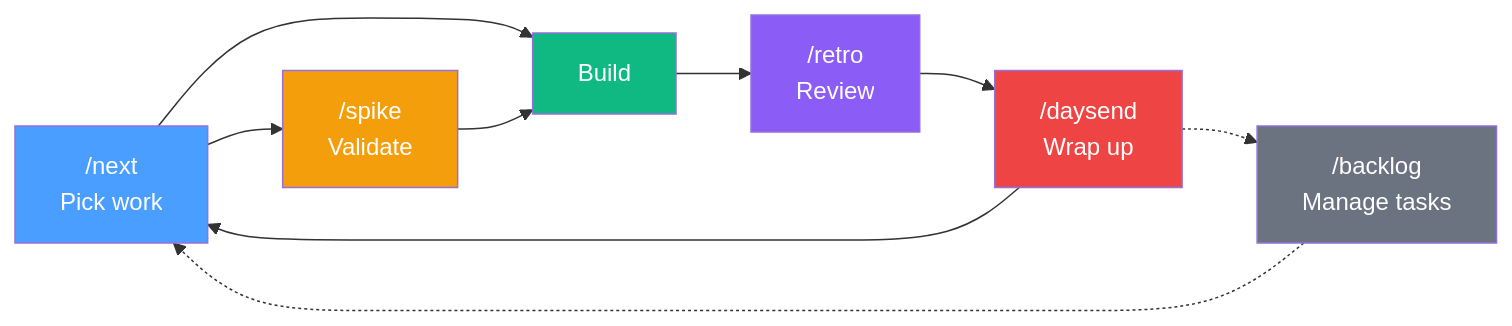
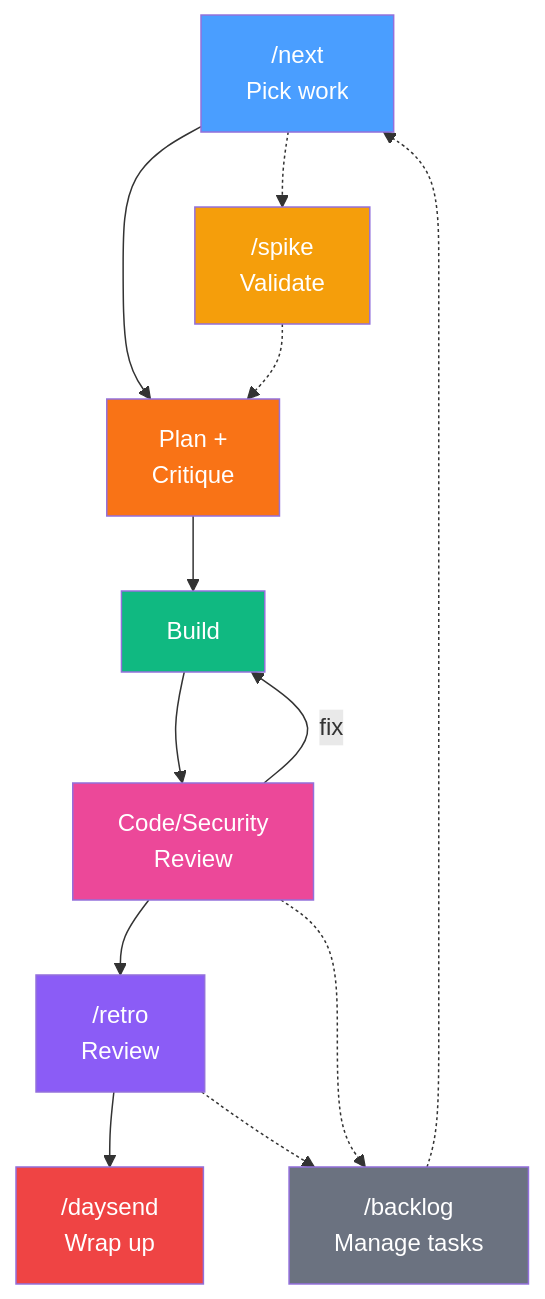
Before and after one commit to brandonsimpson/skills: the diagram in README.md, drawn with Mermaid. The commit also changed other lines of this file, not shown here.

Commit message:
update workflow diagram with plan, critique, and code review steps
Add Plan+Critique between pick work and build, Code/Security Review
after build with fix loop, and backlog feeds from review and retro.
Switch to top-down layout for cleaner rendering. Link devils-advocate repo.

````diff
--- a/README.md
+++ b/README.md
@@ -9,19 +9,24 @@
 ```mermaid
-graph LR
-    next["/next<br>Pick work"] --> spike["/spike<br>Validate"]
-    next --> build["Build"]
-    spike --> build
-    build --> retro["/retro<br>Review"]
+graph TD
+    next["/next<br>Pick work"] --> plan["Plan +<br>Critique"]
+    next -.-> spike["/spike<br>Validate"]
+    spike -.-> plan
+    plan --> build["Build"]
+    build --> review["Code/Security<br>Review"]
+    review -->|fix| build
+    review --> retro["/retro<br>Review"]
+    review -.-> backlog["/backlog<br>Manage tasks"]
     retro --> daysend["/daysend<br>Wrap up"]
-    daysend --> next
+    retro -.-> backlog
 
-    backlog["/backlog<br>Manage tasks"] -.-> next
-    daysend -.-> backlog
+    backlog -.-> next
 
     style next fill:#4a9eff,color:#fff
     style spike fill:#f59e0b,color:#fff
+    style plan fill:#f97316,color:#fff
     style build fill:#10b981,color:#fff
+    style review fill:#ec4899,color:#fff
     style retro fill:#8b5cf6,color:#fff
     style daysend fill:#ef4444,color:#fff
     style backlog fill:#6b7280,color:#fff
 ```
````
